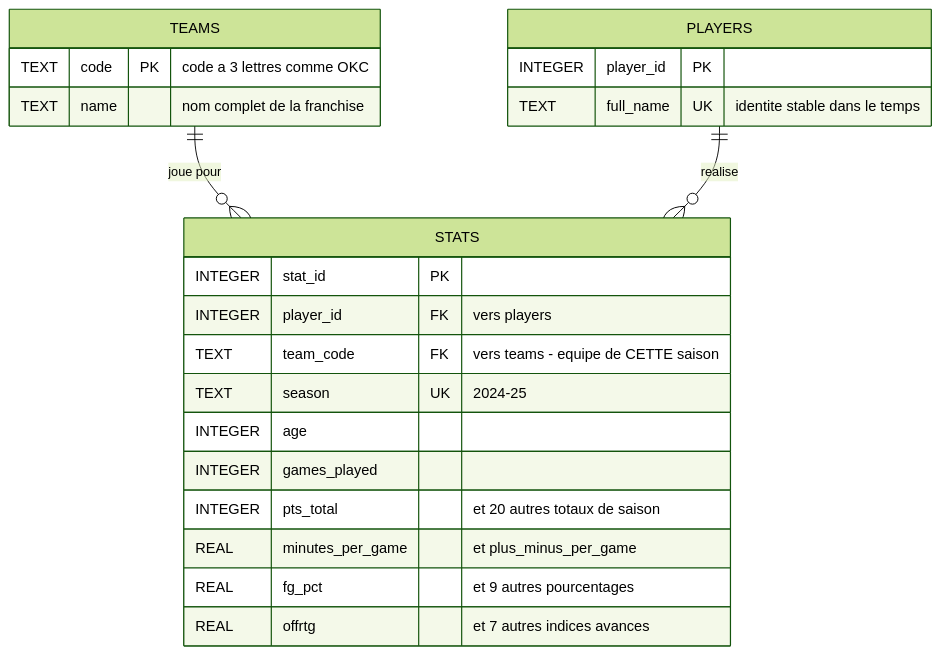
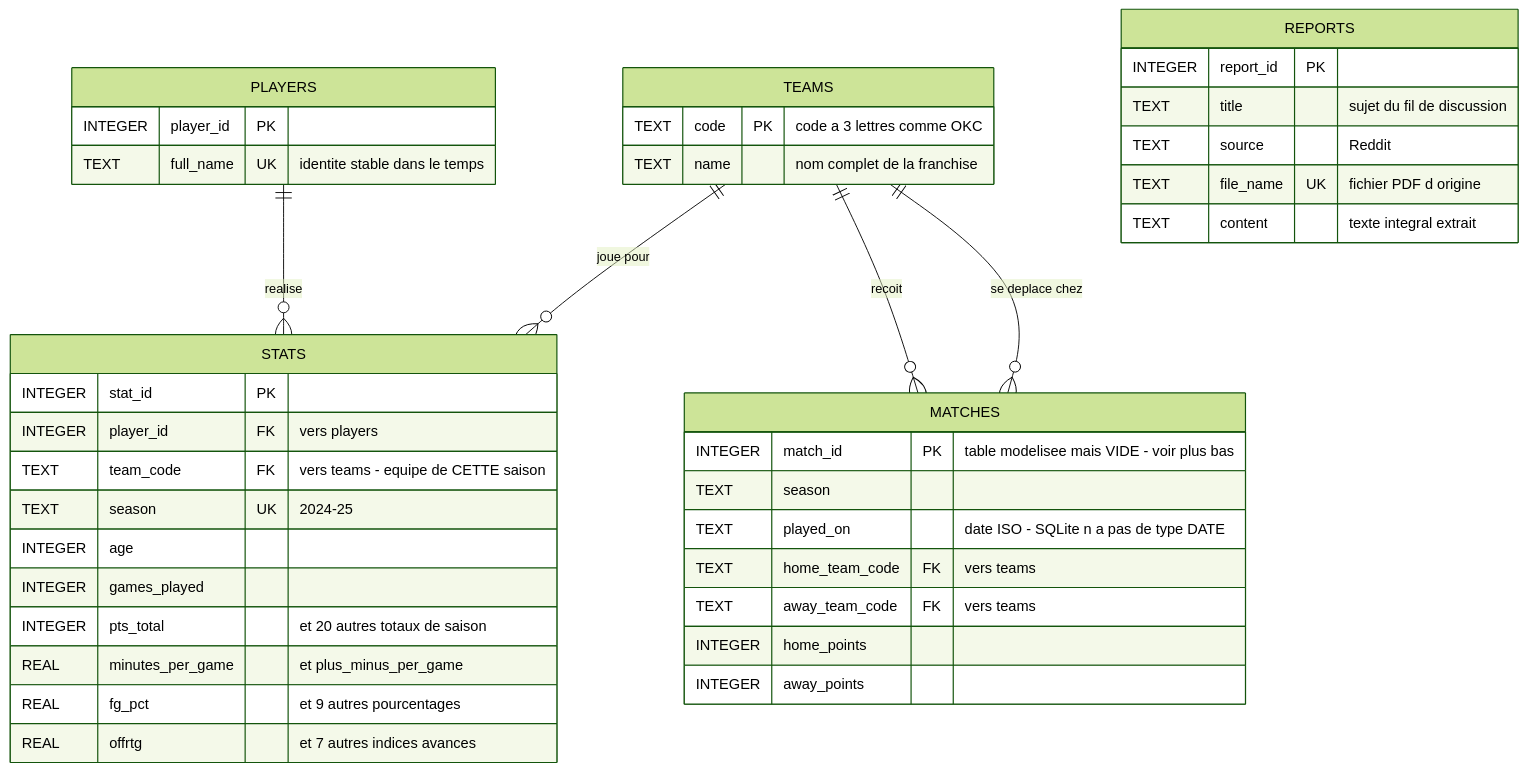
Before and after one commit to FaizaKh93/Projet10_mission: the diagram in README.md, drawn with Mermaid (forest theme). The commit also changed other lines of this file and 8 other files, not shown here.

Commit message:
Model reports and matches, and hide them from the SQL tool

````diff
--- a/README.md
+++ b/README.md
@@ -91,26 +91,44 @@
 ```mermaid
 erDiagram
     TEAMS ||--o{ STATS : "joue pour"
     PLAYERS ||--o{ STATS : "realise"
+    TEAMS ||--o{ MATCHES : "recoit"
+    TEAMS ||--o{ MATCHES : "se deplace chez"
 
     TEAMS {
         TEXT code PK "code a 3 lettres comme OKC"
         TEXT name "nom complet de la franchise"
     }
     PLAYERS {
         INTEGER player_id PK
         TEXT full_name UK "identite stable dans le temps"
     }
     STATS {
         INTEGER stat_id PK
         INTEGER player_id FK "vers players"
         TEXT team_code FK "vers teams - equipe de CETTE saison"
         TEXT season UK "2024-25"
         INTEGER age
         INTEGER games_played
         INTEGER pts_total "et 20 autres totaux de saison"
         REAL minutes_per_game "et plus_minus_per_game"
         REAL fg_pct "et 9 autres pourcentages"
         REAL offrtg "et 7 autres indices avances"
     }
+    MATCHES {
+        INTEGER match_id PK "table modelisee mais VIDE - voir plus bas"
+        TEXT season
+        TEXT played_on "date ISO - SQLite n a pas de type DATE"
+        TEXT home_team_code FK "vers teams"
+        TEXT away_team_code FK "vers teams"
+        INTEGER home_points
+        INTEGER away_points
+    }
+    REPORTS {
+        INTEGER report_id PK
+        TEXT title "sujet du fil de discussion"
+        TEXT source "Reddit"
+        TEXT file_name UK "fichier PDF d origine"
+        TEXT content "texte integral extrait"
+    }
 ```
````
